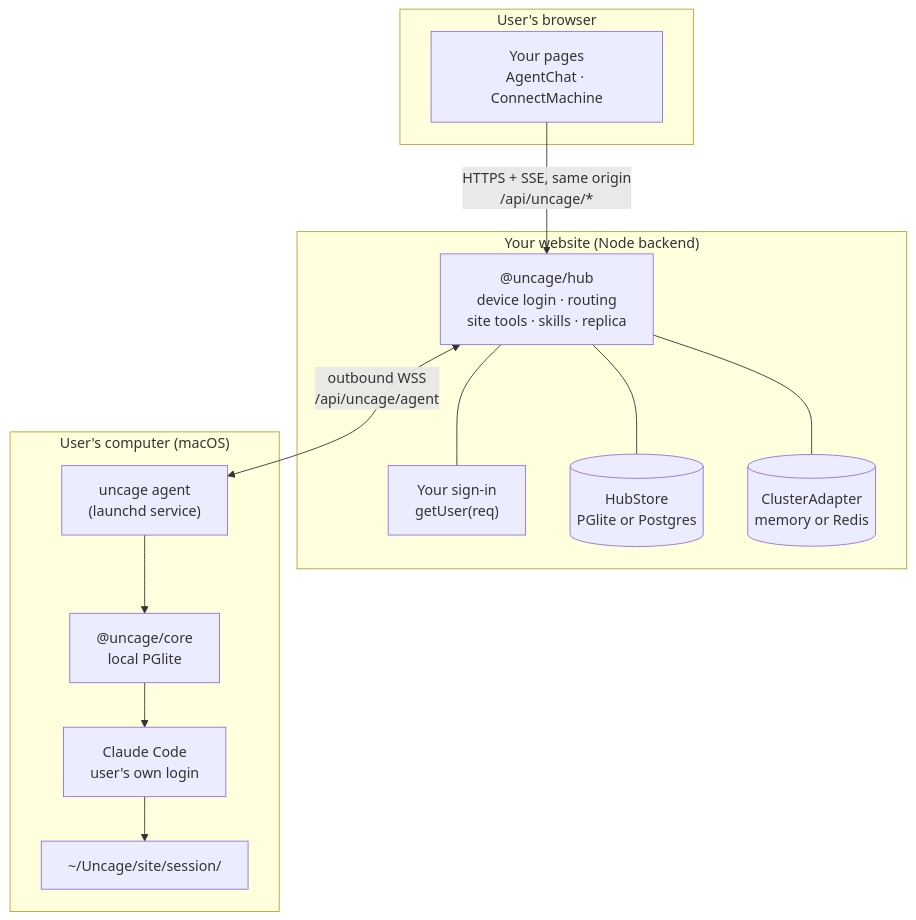
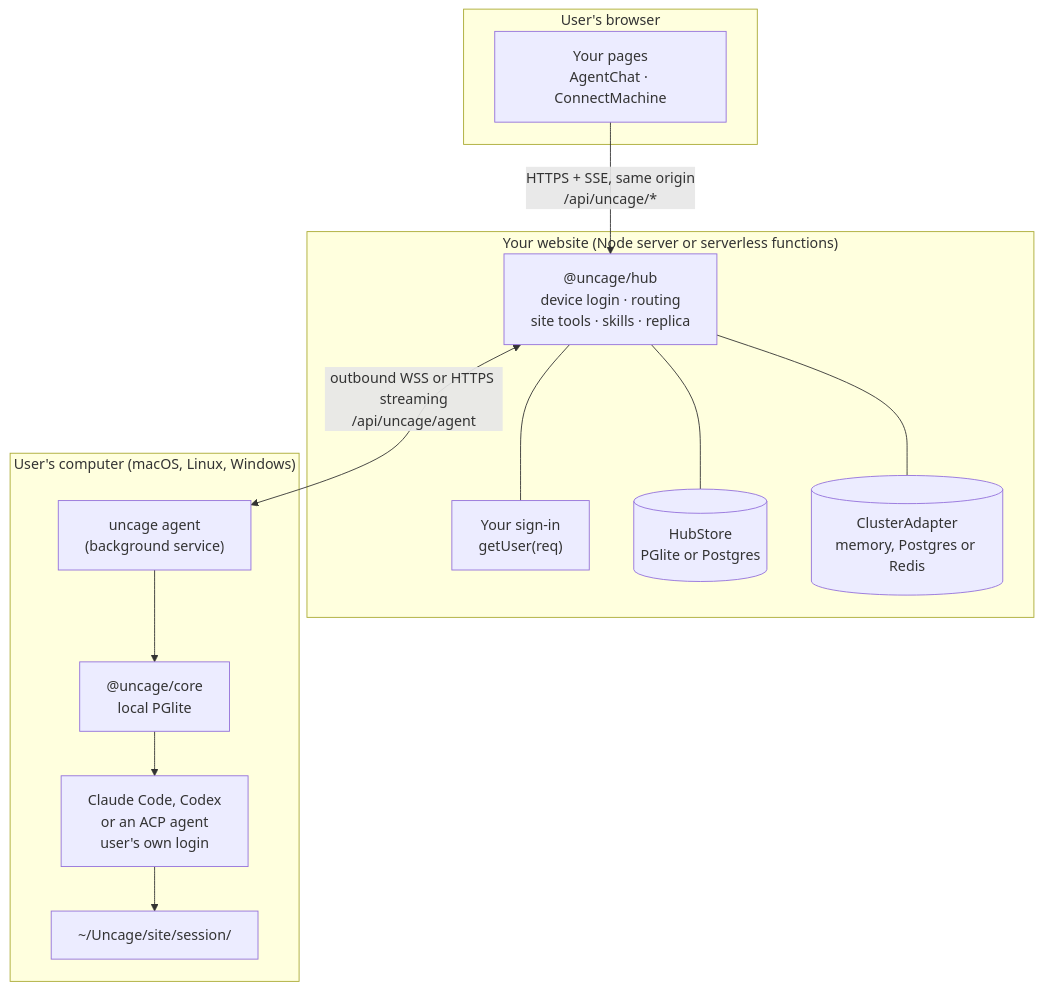
The first of 3 diagrams in apps/docs/src/content/docs/start/how-it-works.md (ptmafia/uncage), drawn with Mermaid before and after one commit. The commit also changed other lines of this file and 48 other files, not shown here.

````diff
--- a/apps/docs/src/content/docs/start/how-it-works.md
+++ b/apps/docs/src/content/docs/start/how-it-works.md
@@ -8,24 +8,24 @@
 ```mermaid
 flowchart TB
   subgraph B["User's browser"]
     UI["Your pages<br/>AgentChat · ConnectMachine"]
   end
-  subgraph S["Your website (Node backend)"]
+  subgraph S["Your website (Node server or serverless functions)"]
     AUTH["Your sign-in<br/>getUser(req)"]
     HUB["@uncage/hub<br/>device login · routing<br/>site tools · skills · replica"]
     DB[("HubStore<br/>PGlite or Postgres")]
-    CL[("ClusterAdapter<br/>memory or Redis")]
+    CL[("ClusterAdapter<br/>memory, Postgres or Redis")]
   end
-  subgraph M["User's computer (macOS)"]
-    AG["uncage agent<br/>(launchd service)"]
+  subgraph M["User's computer (macOS, Linux, Windows)"]
+    AG["uncage agent<br/>(background service)"]
     CORE["@uncage/core<br/>local PGlite"]
-    CC["Claude Code<br/>user's own login"]
+    CC["Claude Code, Codex<br/>or an ACP agent<br/>user's own login"]
     WS["~/Uncage/site/session/"]
   end
   UI -- "HTTPS + SSE, same origin<br/>/api/uncage/*" --> HUB
   HUB --- AUTH
   HUB --- DB
   HUB --- CL
-  HUB <-- "outbound WSS<br/>/api/uncage/agent" --> AG
+  HUB <-- "outbound WSS or HTTPS streaming<br/>/api/uncage/agent" --> AG
   AG --> CORE --> CC --> WS
 ```
````
